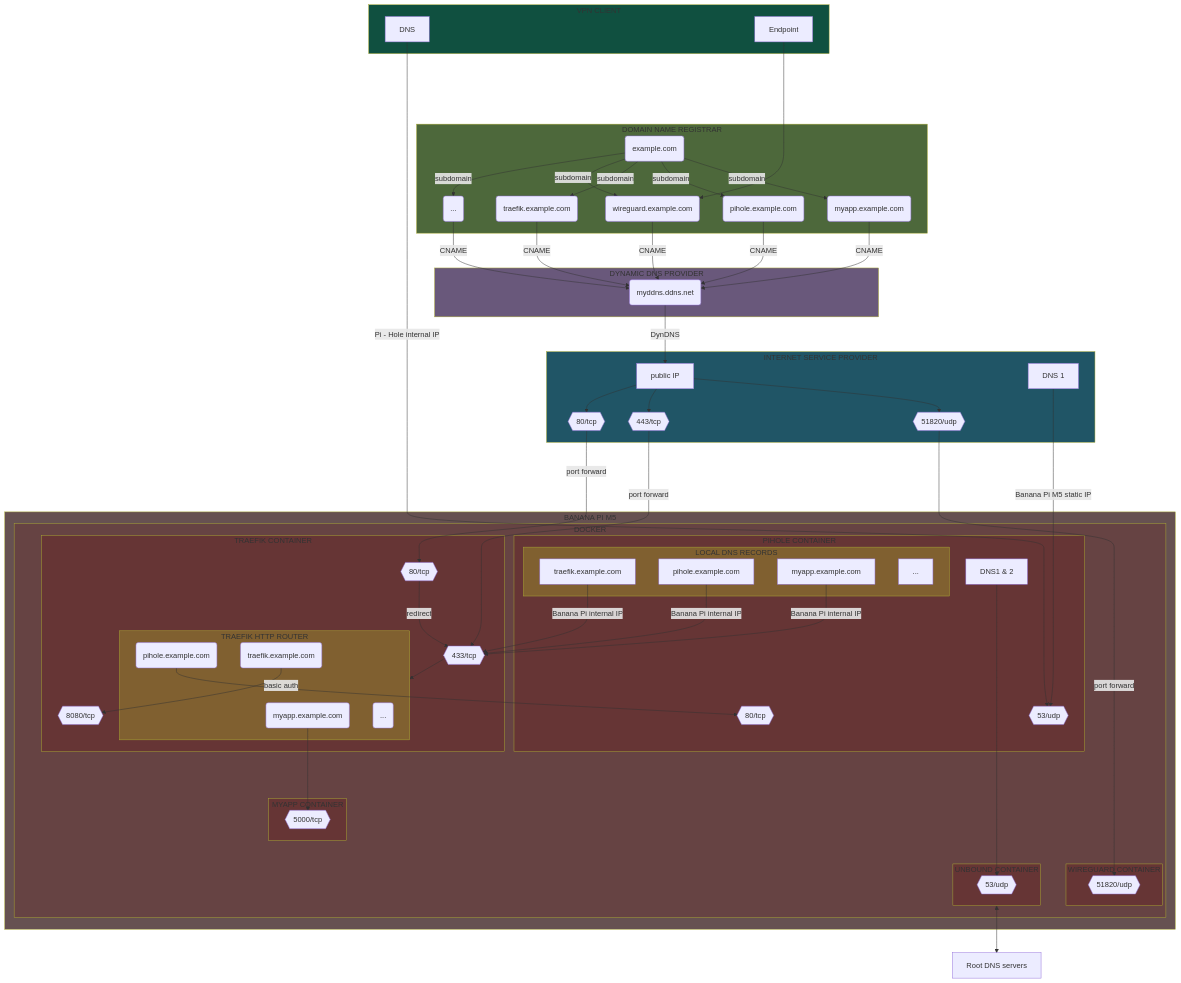
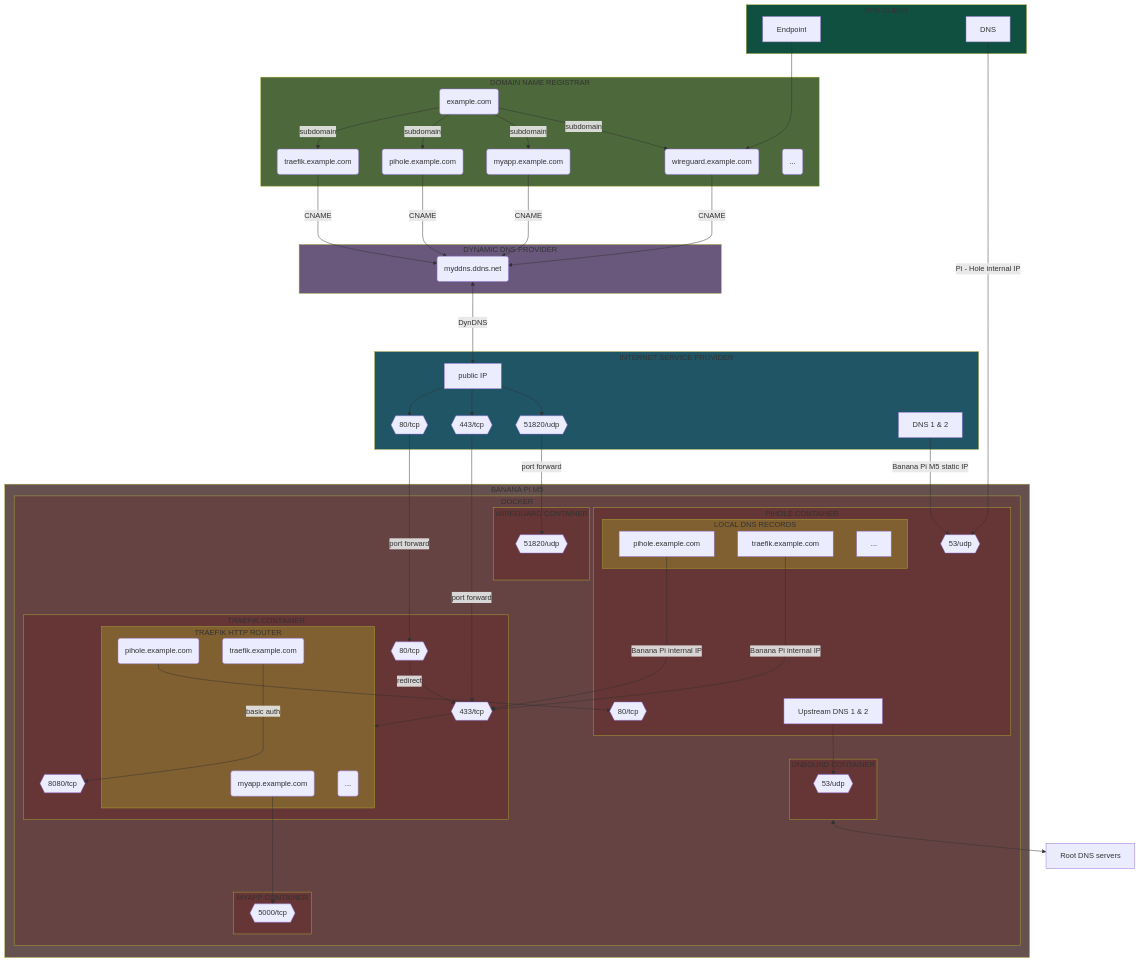
Before and after one commit to Yann39/self-hosted: the first of 8 diagrams in README.md, drawn with Mermaid. The commit also changed other lines of this file and 9 other files, not shown here.

````diff
--- a/README.md
+++ b/README.md
@@ -178,71 +179,63 @@
     TRAEFIK_ROUTER_TRAEFIK(traefik.example.com)
     TRAEFIK_ROUTER_3DOTS(...)
     ROOT_DNS_SERVERS[Root DNS servers]
+    DNS_ISP[DNS 1 & 2]
+    DOCKER_PIHOLE_DNS[Upstream DNS 1 & 2]
+    PIHOLE_DNS_PIHOLE[pihole.example.com]
+    PIHOLE_DNS_TRAEFIK[traefik.example.com]
+    PIHOLE_DNS_3DOTS[...]
 
     subgraph VPN_CLIENT[VPN CLIENT]
+        WIREGUARD_CLIENT_ENDPOINT[Endpoint]
         WIREGUARD_CLIENT_DNS[DNS]
-        WIREGUARD_CLIENT_ENDPOINT[Endpoint]
     end
 
     subgraph HOSTING_PROVIDER[DOMAIN NAME REGISTRAR]
-        DOMAIN -->|subdomain| SUBDOMAIN_3DOTS
-        DOMAIN -->|subdomain| SUBDOMAIN_WIREGUARD
         DOMAIN -->|subdomain| SUBDOMAIN_TRAEFIK
         DOMAIN -->|subdomain| SUBDOMAIN_PIHOLE
         DOMAIN -->|subdomain| SUBDOMAIN_MYAPP
+        DOMAIN -->|subdomain| SUBDOMAIN_WIREGUARD
+        SUBDOMAIN_3DOTS
     end
 
     subgraph DDNS_PROVIDER[DYNAMIC DNS PROVIDER]
-        SUBDOMAIN_3DOTS -->|CNAME| DDNS
-        SUBDOMAIN_WIREGUARD -->|CNAME| DDNS
-        SUBDOMAIN_TRAEFIK -->|CNAME| DDNS
-        SUBDOMAIN_PIHOLE -->|CNAME| DDNS
-        SUBDOMAIN_MYAPP -->|CNAME| DDNS
+        SUBDOMAIN_TRAEFIK --->|CNAME| DDNS
+        SUBDOMAIN_PIHOLE --->|CNAME| DDNS
+        SUBDOMAIN_MYAPP --->|CNAME| DDNS
+        SUBDOMAIN_WIREGUARD --->|CNAME| DDNS
     end
 
     subgraph INTERNET_SERVICE_PROVIDER[INTERNET SERVICE PROVIDER]
-        DDNS -->|DynDNS| ROUTER
+        DDNS <--->|DynDNS| ROUTER
         ROUTER --> ROUTER_PORT80
         ROUTER --> ROUTER_PORT443
         ROUTER --> ROUTER_PORT51820
-        DNS[DNS 1]
+        DNS_ISP
     end
-
-    WIREGUARD_CLIENT_DNS -->|Pi - Hole internal IP| DOCKER_PIHOLE_PORT53
-    WIREGUARD_CLIENT_ENDPOINT -----> SUBDOMAIN_WIREGUARD
-    DNS ------>|Banana Pi M5 static IP| DOCKER_PIHOLE_PORT53
-    ROUTER_PORT51820 -------->|port forward| DOCKER_WIREGUARD_PORT51820
-    ROUTER_PORT443 -->|port forward| DOCKER_TRAEFIK_PORT443
-    ROUTER_PORT80 -->|port forward| DOCKER_TRAEFIK_PORT80
 
     subgraph SINGLE_BOARD_COMPUTER[BANANA PI M5]
         subgraph CONTAINER_ENGINE[DOCKER]
-
-            subgraph PIHOLE_CONTAINER[PIHOLE CONTAINER]
-                DOCKER_PIHOLE_PORT80
-                DOCKER_PIHOLE_PORT53
-                DOCKER_PIHOLE_DNS[DNS1 & 2]
-                
-                subgraph PIHOLE_DNS_RECORDS[LOCAL DNS RECORDS]
-                    PIHOLE_DNS_TRAEFIK[traefik.example.com]
-                    PIHOLE_DNS_PIHOLE[pihole.example.com]
-                    PIHOLE_DNS_MYAPP[myapp.example.com]
-                    PIHOLE_DNS_3DOTS[...]
-                end
-            end
-
             subgraph TRAEFIK_CONTAINER[TRAEFIK CONTAINER]
                 subgraph TRAEFIK_ROUTER[TRAEFIK HTTP ROUTER]
                     TRAEFIK_ROUTER_TRAEFIK
+                    TRAEFIK_ROUTER_MYAPP
                     TRAEFIK_ROUTER_PIHOLE
-                    TRAEFIK_ROUTER_MYAPP
                     TRAEFIK_ROUTER_3DOTS
                 end
+                DOCKER_TRAEFIK_PORT80
+                DOCKER_TRAEFIK_PORT443
+                DOCKER_TRAEFIK_PORT8080
+            end
 
-                DOCKER_TRAEFIK_PORT443 --> TRAEFIK_ROUTER
-                DOCKER_TRAEFIK_PORT80 -->|redirect| DOCKER_TRAEFIK_PORT443
-                TRAEFIK_ROUTER_TRAEFIK -->|basic auth| DOCKER_TRAEFIK_PORT8080
-                TRAEFIK_ROUTER_PIHOLE --> DOCKER_PIHOLE_PORT80
+            subgraph PIHOLE_CONTAINER[PIHOLE CONTAINER]
+                subgraph PIHOLE_DNS_RECORDS[LOCAL DNS RECORDS]
+                    PIHOLE_DNS_TRAEFIK
+                    PIHOLE_DNS_PIHOLE
+                    PIHOLE_DNS_3DOTS
+                end
+                DOCKER_PIHOLE_PORT53
+                DOCKER_PIHOLE_PORT80
+                DOCKER_PIHOLE_DNS
             end
 
             subgraph WIREGUARD_CONTAINER[WIREGUARD CONTAINER]
@@ -251,21 +244,29 @@
 
             subgraph MYAPP_CONTAINER[MYAPP CONTAINER]
                 DOCKER_MYAPP_PORT5000
-                TRAEFIK_ROUTER_MYAPP ---> DOCKER_MYAPP_PORT5000
             end
 
             subgraph UNBOUND_CONTAINER[UNBOUND CONTAINER]
                 DOCKER_UNBOUND_PORT53
             end
 
-            PIHOLE_DNS_TRAEFIK -->|Banana Pi internal IP| DOCKER_TRAEFIK_PORT443
-            PIHOLE_DNS_PIHOLE -->|Banana Pi internal IP| DOCKER_TRAEFIK_PORT443
-            PIHOLE_DNS_MYAPP -->|Banana Pi internal IP| DOCKER_TRAEFIK_PORT443
-            DOCKER_PIHOLE_DNS ------> DOCKER_UNBOUND_PORT53
-
         end
 
     end
 
+    WIREGUARD_CLIENT_ENDPOINT ---> SUBDOMAIN_WIREGUARD
+    WIREGUARD_CLIENT_DNS -->|Pi - Hole internal IP| DOCKER_PIHOLE_PORT53
+    DNS_ISP -->|Banana Pi M5 static IP| DOCKER_PIHOLE_PORT53
+    ROUTER_PORT51820 -->|port forward| DOCKER_WIREGUARD_PORT51820
+    ROUTER_PORT443 ---->|port forward| DOCKER_TRAEFIK_PORT443
+    ROUTER_PORT80 -->|port forward| DOCKER_TRAEFIK_PORT80
+    PIHOLE_DNS_TRAEFIK --->|Banana Pi internal IP| DOCKER_TRAEFIK_PORT443
+    PIHOLE_DNS_PIHOLE --->|Banana Pi internal IP| DOCKER_TRAEFIK_PORT443
+    TRAEFIK_ROUTER_MYAPP ---> DOCKER_MYAPP_PORT5000
+    TRAEFIK_ROUTER_PIHOLE --> DOCKER_PIHOLE_PORT80
+    TRAEFIK_ROUTER_TRAEFIK --->|basic auth| DOCKER_TRAEFIK_PORT8080
+    DOCKER_TRAEFIK_PORT443 --> TRAEFIK_ROUTER
+    DOCKER_TRAEFIK_PORT80 -->|redirect| DOCKER_TRAEFIK_PORT443
+    DOCKER_PIHOLE_DNS --> DOCKER_UNBOUND_PORT53
     UNBOUND_CONTAINER <--> ROOT_DNS_SERVERS
 ```
````
